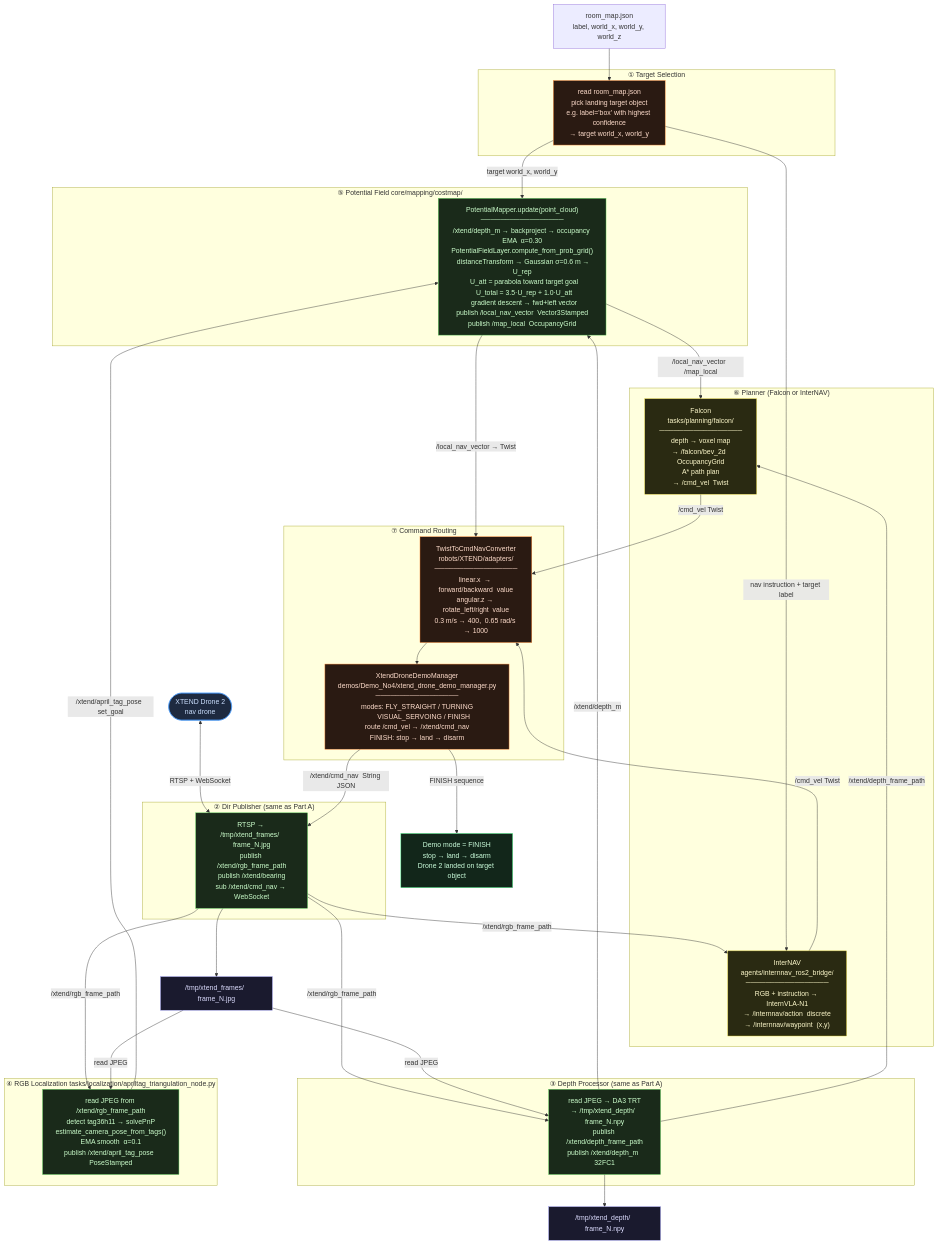
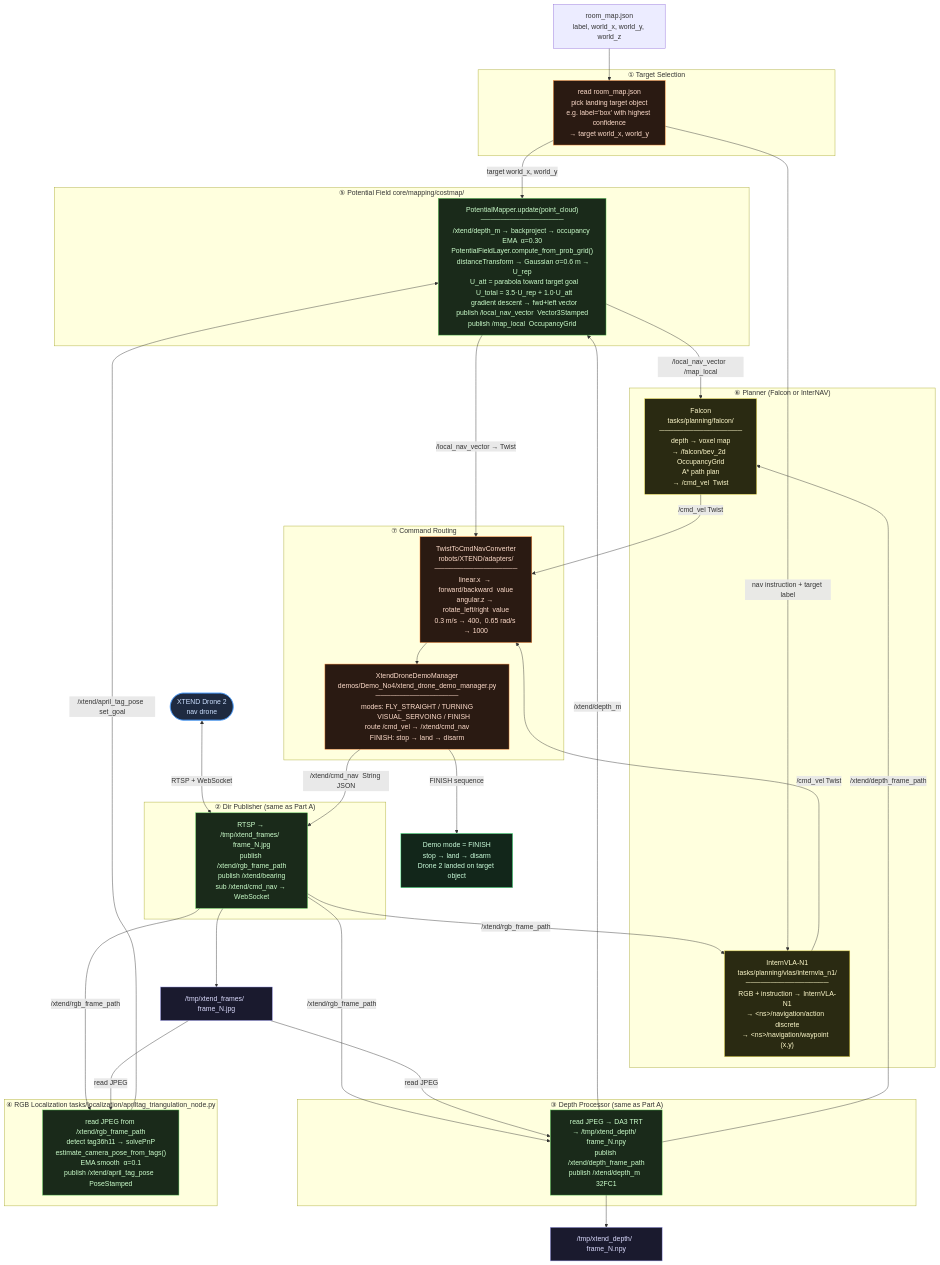
The second of 2 diagrams in docs/diagrams/room_mapper_flow.md (sparx-mth/TheAgency), drawn with Mermaid before and after one commit. The commit also changed 358 other files, not shown here.

First line of the commit message:
refactor(vlas): consolidate all VLAs into core/planning/vlas + tasks/planning/vlas

```diff
--- a/docs/diagrams/room_mapper_flow.md
+++ b/docs/diagrams/room_mapper_flow.md
@@ -177,7 +177,7 @@
 %% ── N5: PLANNER ─────────────────────────────────────
 subgraph N5["⑥ Planner  (Falcon or InterNAV)"]
     N5F["Falcon\ntasks/planning/falcon/\n─────────────────\ndepth → voxel map\n→ /falcon/bev_2d  OccupancyGrid\nA* path plan\n→ /cmd_vel  Twist"]
-    N5I["InterNAV\nagents/internnav_ros2_bridge/\n─────────────────\nRGB + instruction → InternVLA-N1\n→ /internnav/action  discrete\n→ /internnav/waypoint  (x,y)"]
+    N5I["InternVLA-N1\ntasks/planning/vlas/internvla_n1/\n─────────────────\nRGB + instruction → InternVLA-N1\n→ &lt;ns&gt;/navigation/action  discrete\n→ &lt;ns&gt;/navigation/waypoint  (x,y)"]
 end
 
 N4A -->|"/local_nav_vector  /map_local"| N5F
```
